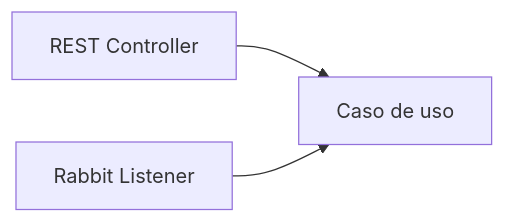
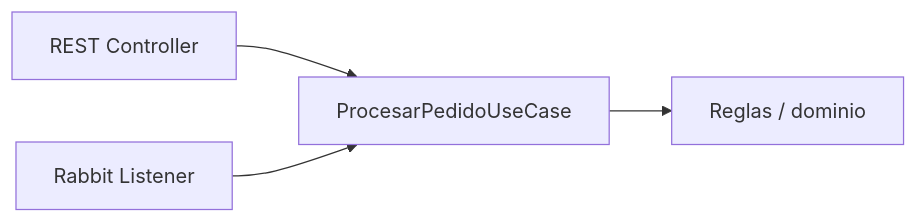
Before and after one commit to cmartinezs/DSY1107-DESARROLLO-CLOUD-NATIVE-I-2026-2: the diagram in labs/rabbitmq-spring-amqp/05-separacion-responsabilidades.md, drawn with Mermaid. The commit also changed other lines of this file, not shown here.

````diff
--- a/labs/rabbitmq-spring-amqp/05-separacion-responsabilidades.md
+++ b/labs/rabbitmq-spring-amqp/05-separacion-responsabilidades.md
@@ -25,5 +25,6 @@
 ```mermaid
 flowchart LR
-    HTTP["REST Controller"] --> UC["Caso de uso"]
+    HTTP["REST Controller"] --> UC["ProcesarPedidoUseCase"]
     MQ["Rabbit Listener"] --> UC
+    UC --> DOM["Reglas / dominio"]
 ```
````
